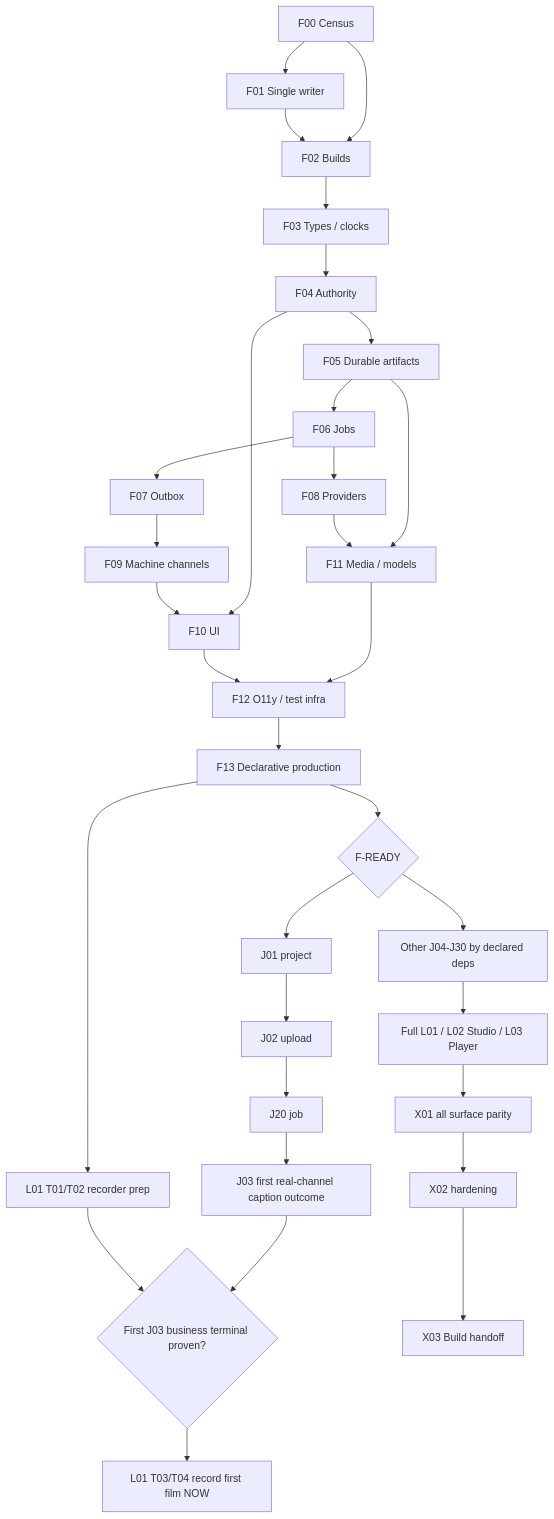
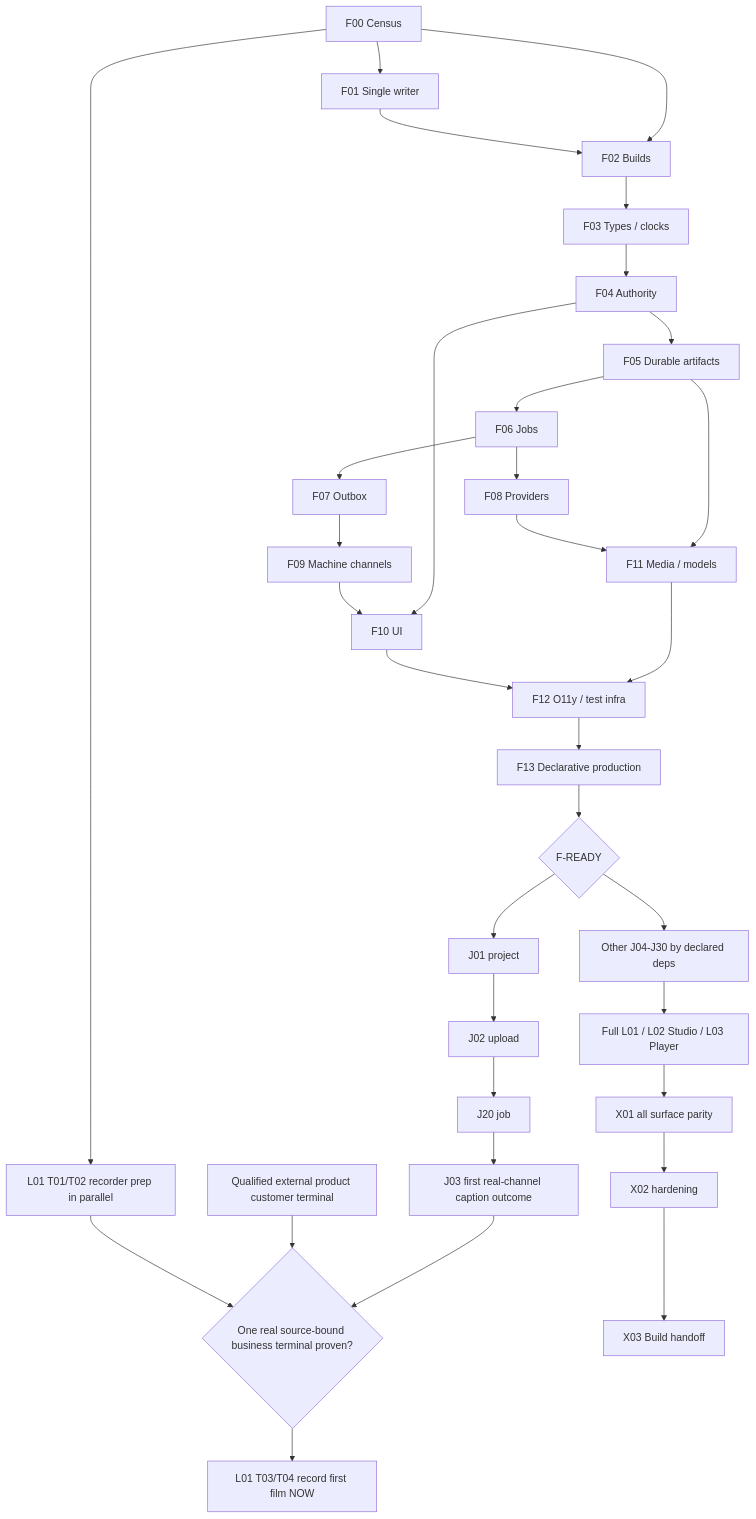
Before and after one commit to samujjwal/ghatana-media: the second of 2 diagrams in docs/implementation/MEDIA-BUILD-IMPLEMENTATION-PLAN.md, drawn with Mermaid. The commit also changed other lines of this file, not shown here.

Commit message:
Show independent cross-product PDP-governed demo trigger in Media Build DAGs

````diff
--- a/docs/implementation/MEDIA-BUILD-IMPLEMENTATION-PLAN.md
+++ b/docs/implementation/MEDIA-BUILD-IMPLEMENTATION-PLAN.md
@@ -924,34 +925,35 @@
 ```mermaid
 flowchart TD
  F00[F00 Census]-->F01[F01 Single writer]
  F00-->F02[F02 Builds]
  F01-->F02
  F02-->F03[F03 Types / clocks]
  F03-->F04[F04 Authority]
  F04-->F05[F05 Durable artifacts]
  F05-->F06[F06 Jobs]
  F06-->F07[F07 Outbox]
  F06-->F08[F08 Providers]
  F07-->F09[F09 Machine channels]
  F04-->F10[F10 UI]
  F09-->F10
  F05-->F11[F11 Media / models]
  F08-->F11
  F11-->F12[F12 O11y / test infra]
  F10-->F12
  F12-->F13[F13 Declarative production]
  F13-->G{F-READY}
  G-->V01[J01 project]
  V01-->V02[J02 upload]
  V02-->V20[J20 job]
  V20-->V03[J03 first real-channel caption outcome]
  G-->CORE[Other J04-J30 by declared deps]
- F13-->RP[L01 T01/T02 recorder prep]
- V03-->BR{First J03 business terminal proven?}
+ F00-->RP[L01 T01/T02 recorder prep in parallel]
+ V03-->BR{One real source-bound business terminal proven?}
+ EXT[Qualified external product customer terminal]-->BR
  RP-->BR
  BR-->RF[L01 T03/T04 record first film NOW]
  CORE-->L[Full L01 / L02 Studio / L03 Player]
  L-->X01[X01 all surface parity]
  X01-->X02[X02 hardening]
  X02-->X03[X03 Build handoff]
 ```
````
